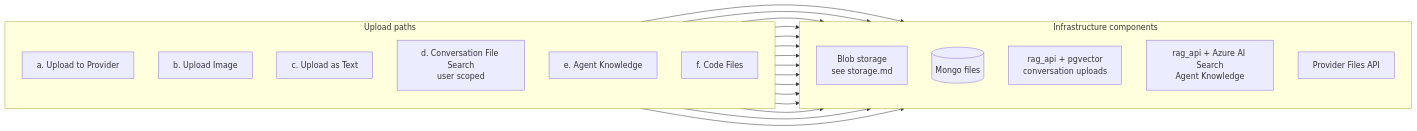
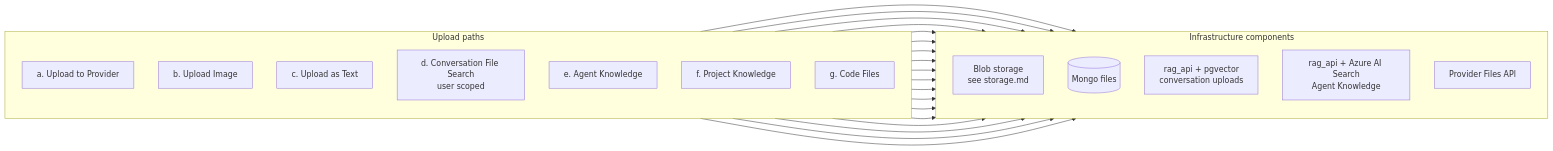
Before and after one commit to Falenos/LibreChat: the first of 3 diagrams in knauf/docs/architecture/files/overview.md, drawn with Mermaid. The commit also changed other lines of this file and 8 other files, not shown here.

````diff
--- a/knauf/docs/architecture/files/overview.md
+++ b/knauf/docs/architecture/files/overview.md
@@ -48,42 +49,47 @@
 ```mermaid
 flowchart LR
     subgraph Paths["Upload paths"]
         direction TB
         P1[a. Upload to Provider]
         P2[b. Upload Image]
         P3[c. Upload as Text]
         P4[d. Conversation File Search<br/>user scoped]
         P5[e. Agent Knowledge]
-        P6[f. Code Files]
+        P6[f. Project Knowledge]
+        P7[g. Code Files]
     end
 
     subgraph Infra["Infrastructure components"]
         direction TB
         Blob[Blob storage<br/>see storage.md]
         Mongo[(Mongo files)]
         PG[rag_api + pgvector<br/>conversation uploads]
         AIS[rag_api + Azure AI Search<br/>Agent Knowledge]
         Prov[Provider Files API]
     end
 
     P1 --> Blob
     P1 --> Mongo
     P1 --> Prov
 
     P2 --> Blob
     P2 --> Mongo
 
     P3 --> Blob
     P3 --> Mongo
 
     P4 --> Blob
     P4 --> Mongo
     P4 --> PG
 
     P5 --> Blob
     P5 --> Mongo
     P5 --> AIS
 
     P6 --> Blob
     P6 --> Mongo
+    P6 --> PG
+
+    P7 --> Blob
+    P7 --> Mongo
 ```
````
